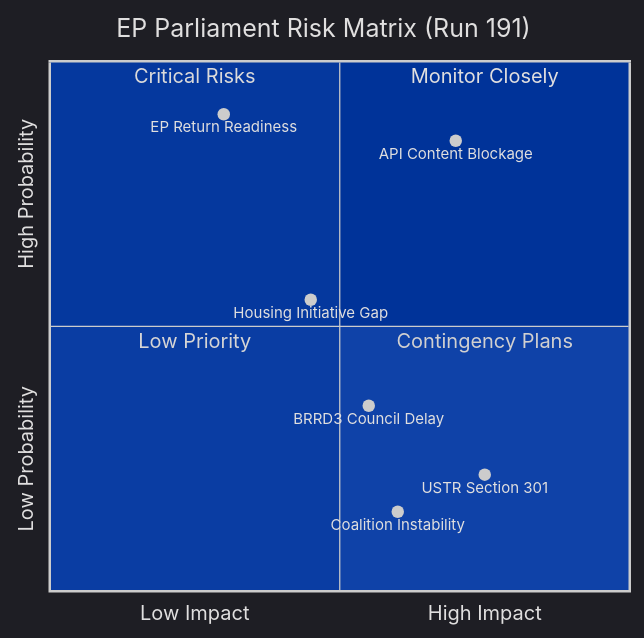
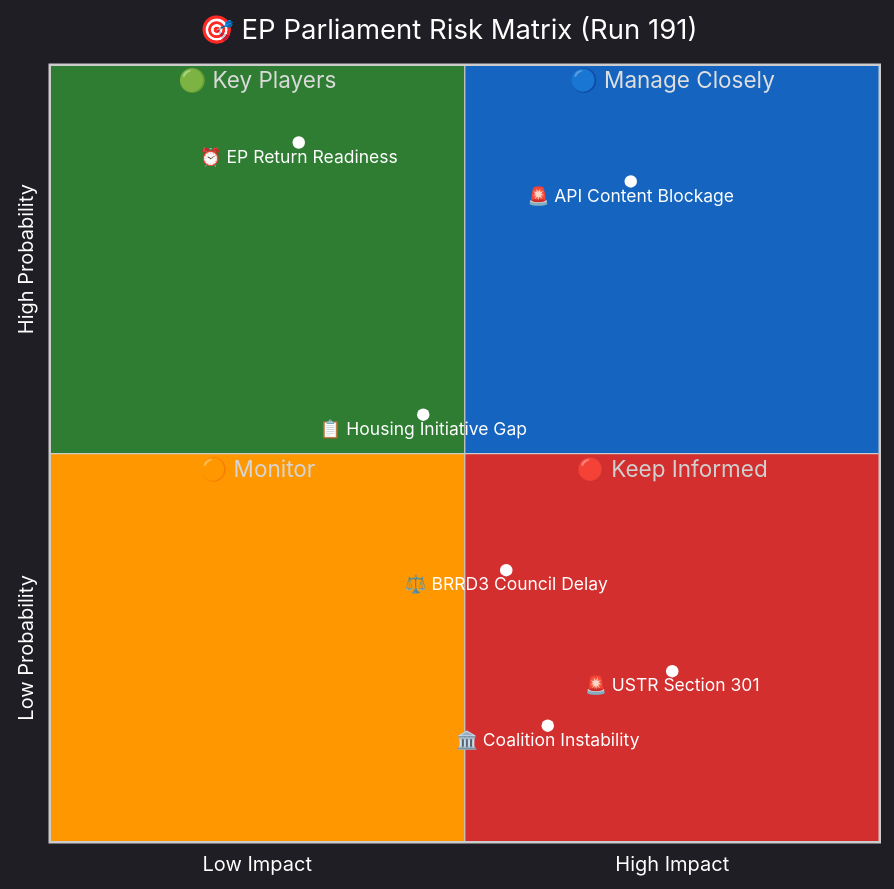
The first of 3 diagrams in analysis/daily/2026-04-20/breaking-run191/risk-scoring/risk-matrix.md (Hack23/euparliamentmonitor), drawn with Mermaid before and after one commit. The commit also changed other lines of this file and 19 other files, not shown here.

````diff
--- a/analysis/daily/2026-04-20/breaking-run191/risk-scoring/risk-matrix.md
+++ b/analysis/daily/2026-04-20/breaking-run191/risk-scoring/risk-matrix.md
@@ -18,17 +18,39 @@
 ```mermaid
-%%{init: {"theme": "dark", "themeVariables": {"primaryColor": "#003399", "secondaryColor": "#cc0000"}}}%%
+%%{init: {
+  "theme": "dark",
+  "themeVariables": {
+    "quadrant1Fill": "#1565C0",
+    "quadrant2Fill": "#2E7D32",
+    "quadrant3Fill": "#FF9800",
+    "quadrant4Fill": "#D32F2F",
+    "quadrantTitleFill": "#ffffff",
+    "quadrantPointFill": "#ffffff",
+    "quadrantPointTextFill": "#ffffff",
+    "quadrantXAxisTextFill": "#ffffff",
+    "quadrantYAxisTextFill": "#ffffff"
+  },
+  "quadrantChart": {
+    "chartWidth": 700,
+    "chartHeight": 700,
+    "pointLabelFontSize": 14,
+    "titleFontSize": 22,
+    "quadrantLabelFontSize": 18,
+    "xAxisLabelFontSize": 16,
+    "yAxisLabelFontSize": 16
+  }
+}}%%
 quadrantChart
-    title EP Parliament Risk Matrix (Run 191)
-    x-axis Low Impact --> High Impact
-    y-axis Low Probability --> High Probability
-    quadrant-1 Monitor Closely
-    quadrant-2 Critical Risks
-    quadrant-3 Low Priority
-    quadrant-4 Contingency Plans
-    USTR Section 301: [0.75, 0.22]
-    API Content Blockage: [0.7, 0.85]
-    Coalition Instability: [0.6, 0.15]
-    BRRD3 Council Delay: [0.55, 0.35]
-    Housing Initiative Gap: [0.45, 0.55]
-    EP Return Readiness: [0.3, 0.9]
+    title 🎯 EP Parliament Risk Matrix (Run 191)
+    x-axis "Low Impact" --> "High Impact"
+    y-axis "Low Probability" --> "High Probability"
+    quadrant-1 "🔵 Manage Closely"
+    quadrant-2 "🟢 Key Players"
+    quadrant-3 "🟠 Monitor"
+    quadrant-4 "🔴 Keep Informed"
+    "🚨 USTR Section 301": [0.75, 0.22]
+    "🚨 API Content Blockage": [0.70, 0.85]
+    "🏛️ Coalition Instability": [0.60, 0.15]
+    "⚖️ BRRD3 Council Delay": [0.55, 0.35]
+    "📋 Housing Initiative Gap": [0.45, 0.55]
+    "⏰ EP Return Readiness": [0.30, 0.90]
 ```
````
